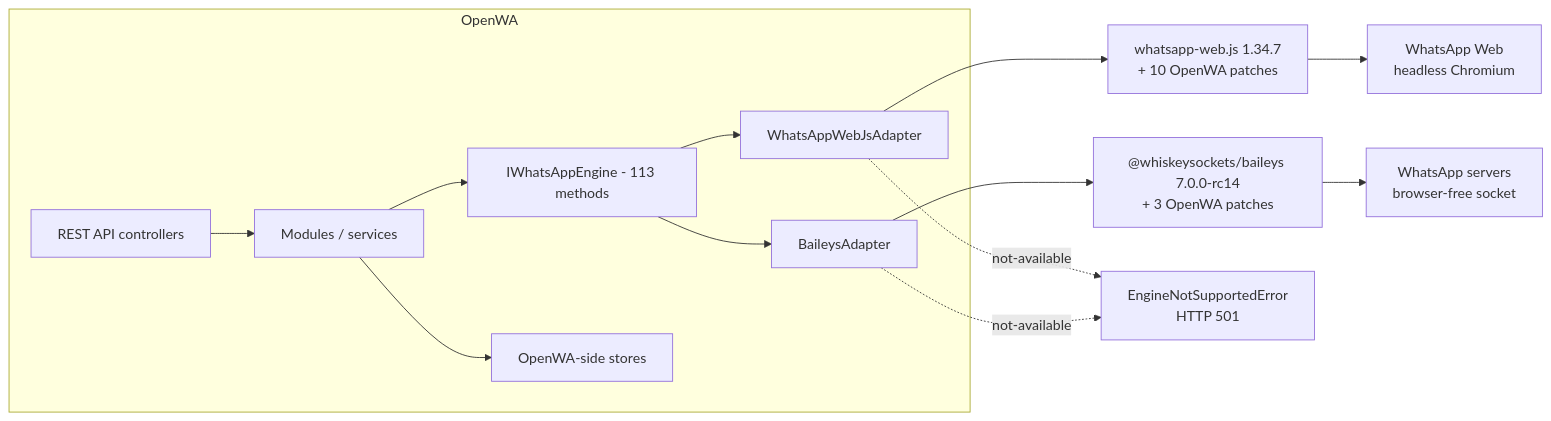
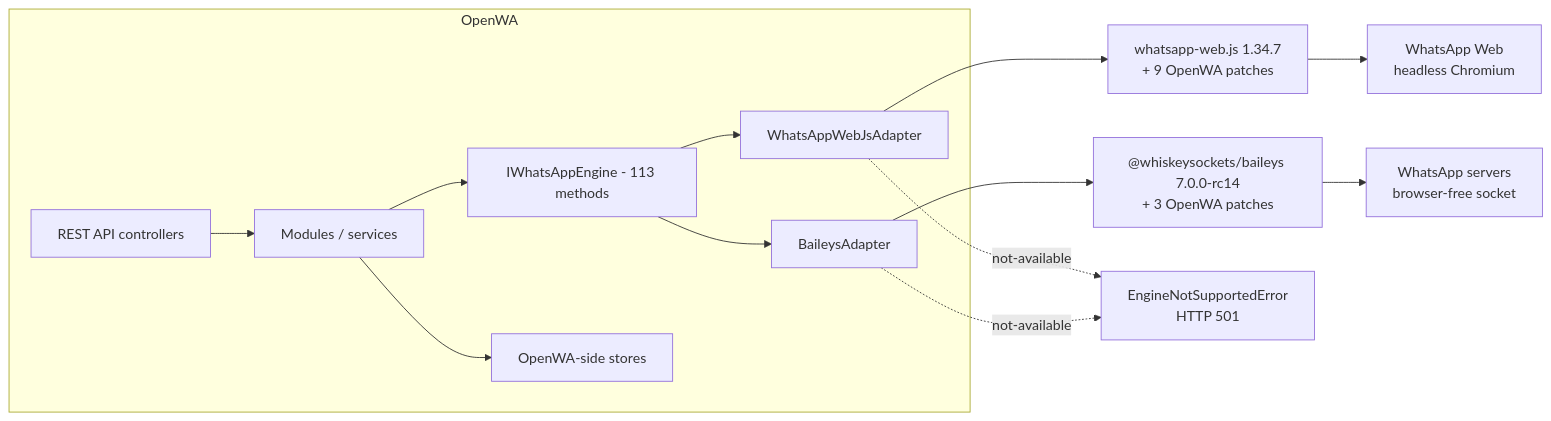
The first of 2 diagrams in docs/29-engine-capability-matrix.md (rmyndharis/OpenWA), drawn with Mermaid before and after one commit. The commit also changed other lines of this file and 12 other files, not shown here.

````diff
--- a/docs/29-engine-capability-matrix.md
+++ b/docs/29-engine-capability-matrix.md
@@ -44,16 +44,16 @@
 ```mermaid
 flowchart LR
     subgraph OpenWA["OpenWA"]
         API["REST API controllers"] --> SVC["Modules / services"]
         SVC --> IF["IWhatsAppEngine - 113 methods"]
         IF --> WA["WhatsAppWebJsAdapter"]
         IF --> BA["BaileysAdapter"]
         SVC --> STORE["OpenWA-side stores"]
     end
-    WA --> WLIB["whatsapp-web.js 1.34.7<br/>+ 10 OpenWA patches"]
+    WA --> WLIB["whatsapp-web.js 1.34.7<br/>+ 9 OpenWA patches"]
     BA --> BLIB["@whiskeysockets/baileys 7.0.0-rc14<br/>+ 3 OpenWA patches"]
     WLIB --> WEB["WhatsApp Web<br/>headless Chromium"]
     BLIB --> WAS["WhatsApp servers<br/>browser-free socket"]
     WA -.->|"not-available"| E["EngineNotSupportedError<br/>HTTP 501"]
     BA -.->|"not-available"| E
 ```
````
